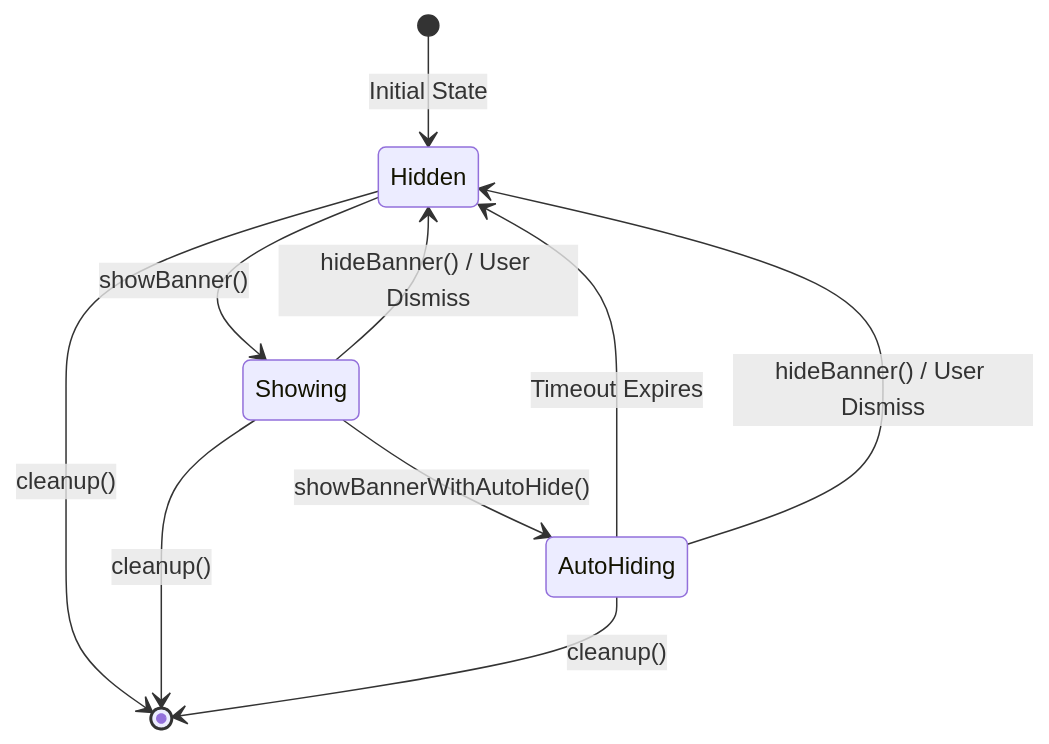
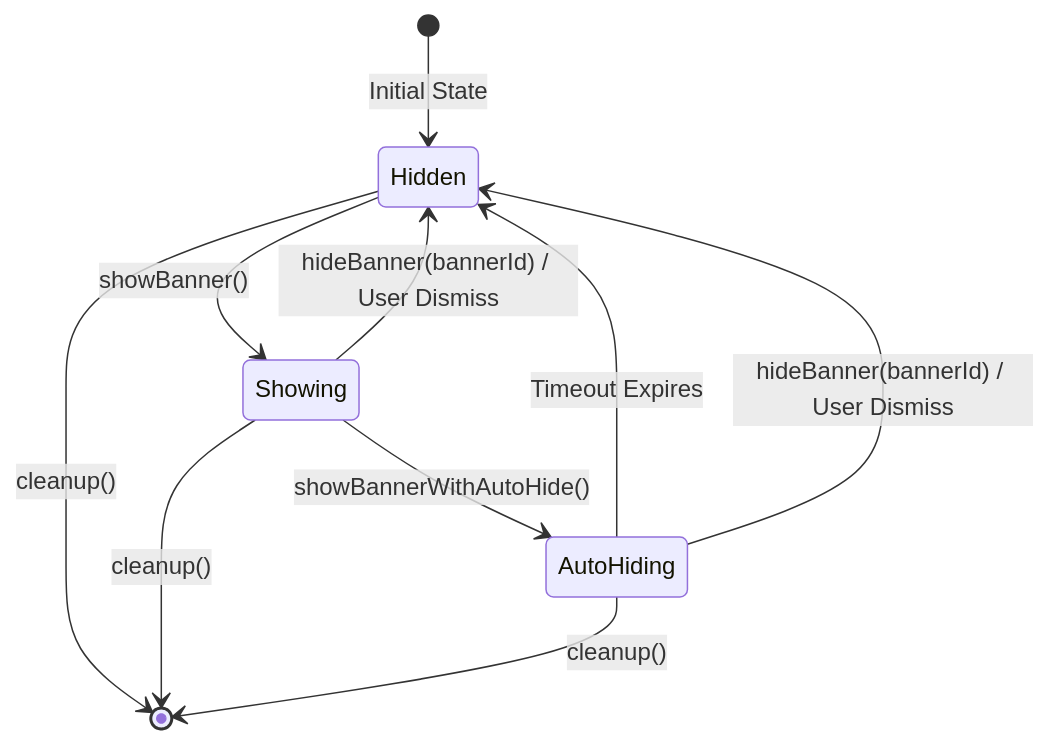
Before and after one commit to mattermost/mattermost-mobile: the second of 8 diagrams in floating-banner.md, drawn with Mermaid. The commit also changed other lines of this file and 10 other files, not shown here.

````diff
--- a/floating-banner.md
+++ b/floating-banner.md
@@ -61,15 +61,15 @@
 ```mermaid
 stateDiagram-v2
     [*] --> Hidden: Initial State
     Hidden --> Showing: showBanner()
     
     Showing --> AutoHiding: showBannerWithAutoHide()
-    Showing --> Hidden: hideBanner() / User Dismiss
+    Showing --> Hidden: hideBanner(bannerId) / User Dismiss
     
     AutoHiding --> Hidden: Timeout Expires
-    AutoHiding --> Hidden: hideBanner() / User Dismiss
+    AutoHiding --> Hidden: hideBanner(bannerId) / User Dismiss
     
     Hidden --> [*]: cleanup()
     Showing --> [*]: cleanup()
     AutoHiding --> [*]: cleanup()
 ```
````
